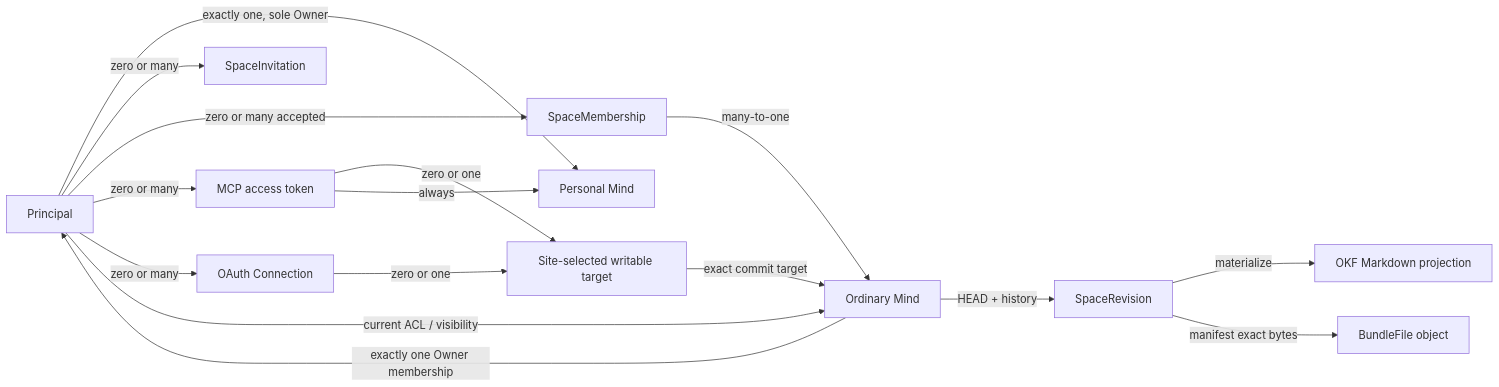
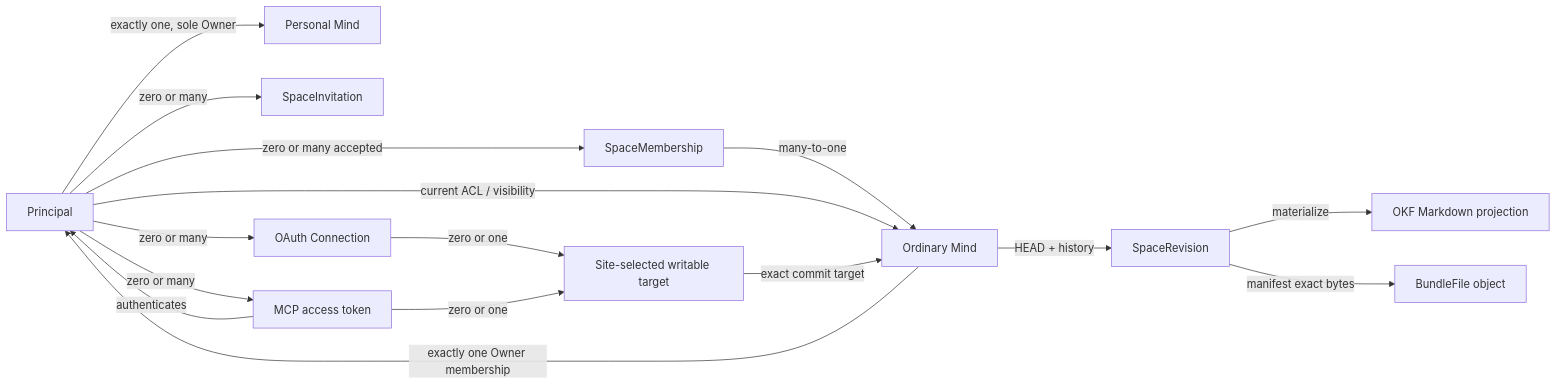
One commit to xxsrez/MindDiary changed the diagram in docs/specs/domain-model.md. Above: the diagram before and after it, drawn with Mermaid. The commit also changed other lines of this file and 3 other files, not shown here.

````diff
--- a/docs/specs/domain-model.md
+++ b/docs/specs/domain-model.md
@@ -48,30 +48,30 @@
 ```mermaid
 flowchart LR
     Principal["Principal"]
     Personal["Personal Mind"]
     Invitation["SpaceInvitation"]
     Membership["SpaceMembership"]
     Space["Ordinary Mind"]
     Revision["SpaceRevision"]
     Bundle["OKF Markdown projection"]
     File["BundleFile object"]
     Token["MCP access token"]
     Connection["OAuth Connection"]
     Writable["Site-selected writable target"]
 
     Principal -->|"exactly one, sole Owner"| Personal
     Principal -->|"zero or many"| Invitation
     Principal -->|"zero or many accepted"| Membership
     Membership -->|"many-to-one"| Space
     Space -->|"exactly one Owner membership"| Principal
     Space -->|"HEAD + history"| Revision
     Revision -->|"materialize"| Bundle
     Revision -->|"manifest exact bytes"| File
     Principal -->|"zero or many"| Token
     Principal -->|"zero or many"| Connection
+    Token -->|"authenticates"| Principal
     Principal -->|"current ACL / visibility"| Space
     Connection -->|"zero or one"| Writable
     Token -->|"zero or one"| Writable
     Writable -->|"exact commit target"| Space
-    Token -->|"always"| Personal
 ```
````
